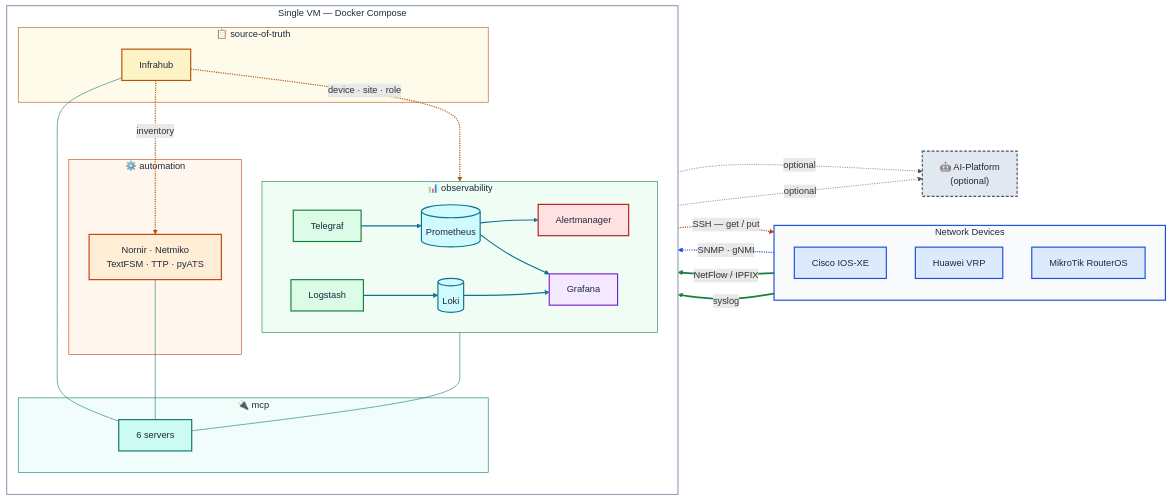
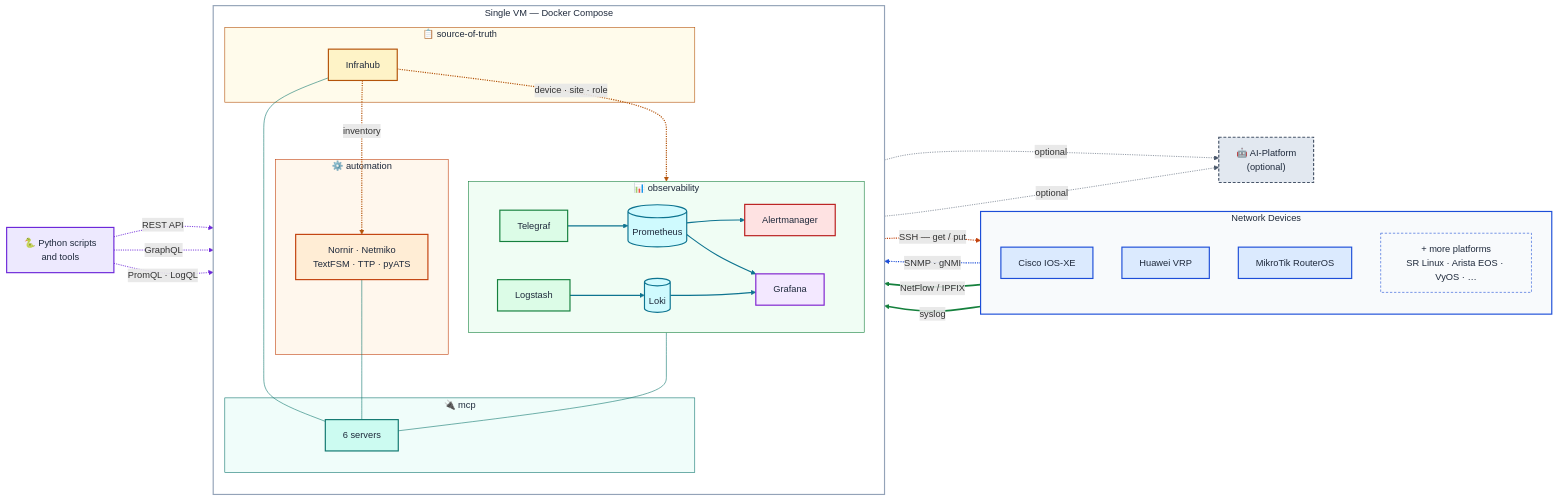
The diagram in README.md (darqcube/DARQCUBE-AGENTICOPS-STACK), drawn with Mermaid before and after one commit. The commit also changed other lines of this file and 3 other files, not shown here.

First line of the commit message:
Docs: four ways to use the stack, scripting from Python, more platforms

````diff
--- a/README.md
+++ b/README.md
@@ -38,6 +63,7 @@
     C["Cisco IOS-XE"]
     H["Huawei VRP"]
     M["MikroTik RouterOS"]
+    X["+ more platforms<br/>SR Linux · Arista EOS · VyOS · …"]
   end
 
   subgraph VM["Single VM — Docker Compose"]
@@ -63,6 +89,7 @@
   end
 
   AIP["🤖 AI-Platform<br/>(optional)"]
+  PY["🐍 Python scripts<br/>and tools"]
 
   DEV -. "SNMP · gNMI" .-> TG
   DEV == "NetFlow / IPFIX" ==> TG
@@ -80,6 +107,9 @@
   AU --- MS
   MS -. optional .-> AIP
   AM -. optional .-> AIP
+  PY -. "REST API" .-> AU
+  PY -. "GraphQL" .-> IH
+  PY -. "PromQL · LogQL" .-> PR
 
   %% Colour follows the four container groups — the same grouping as the
   %% com.darqcube.group label. Light fills with explicit dark text, so the
@@ -93,6 +123,8 @@
   classDef auto    fill:#ffedd5,stroke:#c2410c,stroke-width:2px,color:#1e293b
   classDef mcp     fill:#ccfbf1,stroke:#0f766e,stroke-width:2px,color:#1e293b
   classDef ai      fill:#e2e8f0,stroke:#475569,stroke-width:2px,stroke-dasharray:5 3,color:#1e293b
+  classDef extend  fill:#f8fafc,stroke:#1d4ed8,stroke-width:1px,stroke-dasharray:4 3,color:#1e293b
+  classDef script  fill:#ede9fe,stroke:#6d28d9,stroke-width:2px,color:#1e293b
 
   class C,H,M device
   class IH sot
@@ -103,6 +135,8 @@
   class AU auto
   class MS mcp
   class AIP ai
+  class X extend
+  class PY script
 
   style DEV  fill:#f8fafc,stroke:#1d4ed8,stroke-width:2px,color:#1e293b
   style VM   fill:#ffffff,stroke:#94a3b8,stroke-width:2px,color:#1e293b
@@ -119,4 +153,5 @@
   linkStyle 6,7,8,9,10 stroke:#0e7490,stroke-width:2px
   linkStyle 11,12,13 stroke:#0f766e,stroke-width:1px
   linkStyle 14,15 stroke:#475569,stroke-width:1px
+  linkStyle 16,17,18 stroke:#6d28d9,stroke-width:1.5px
 ```
````
